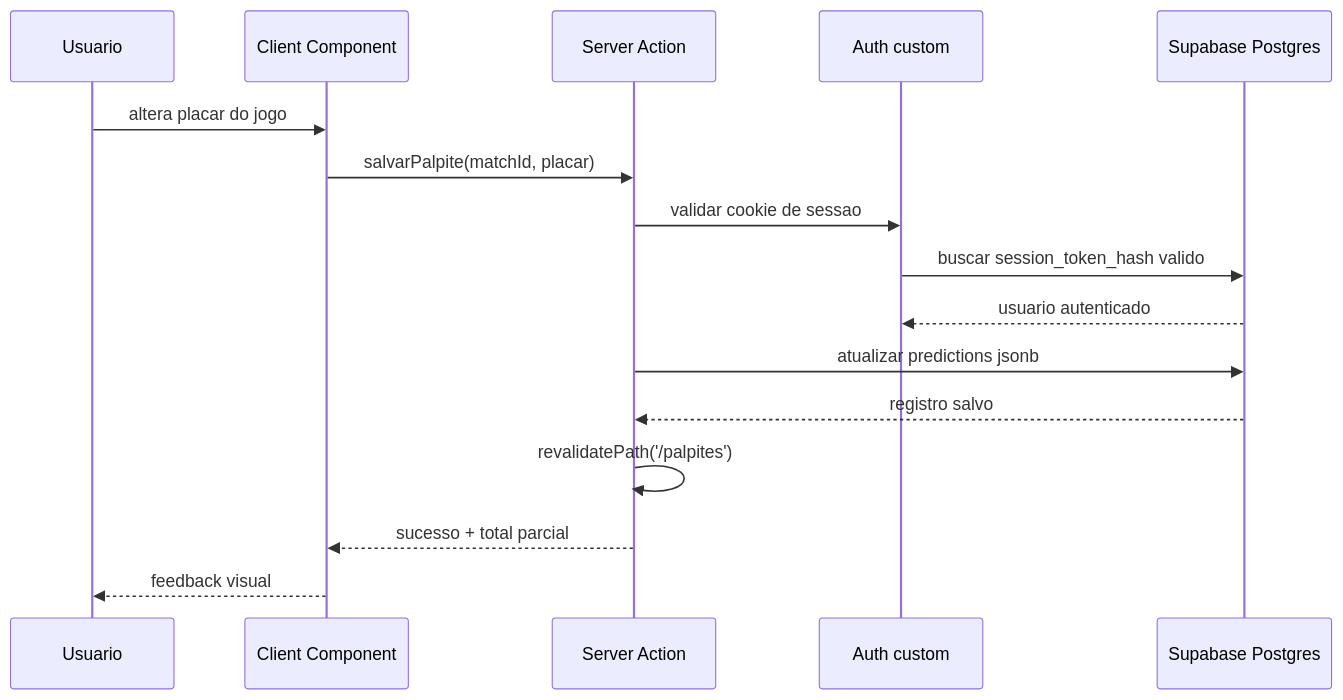
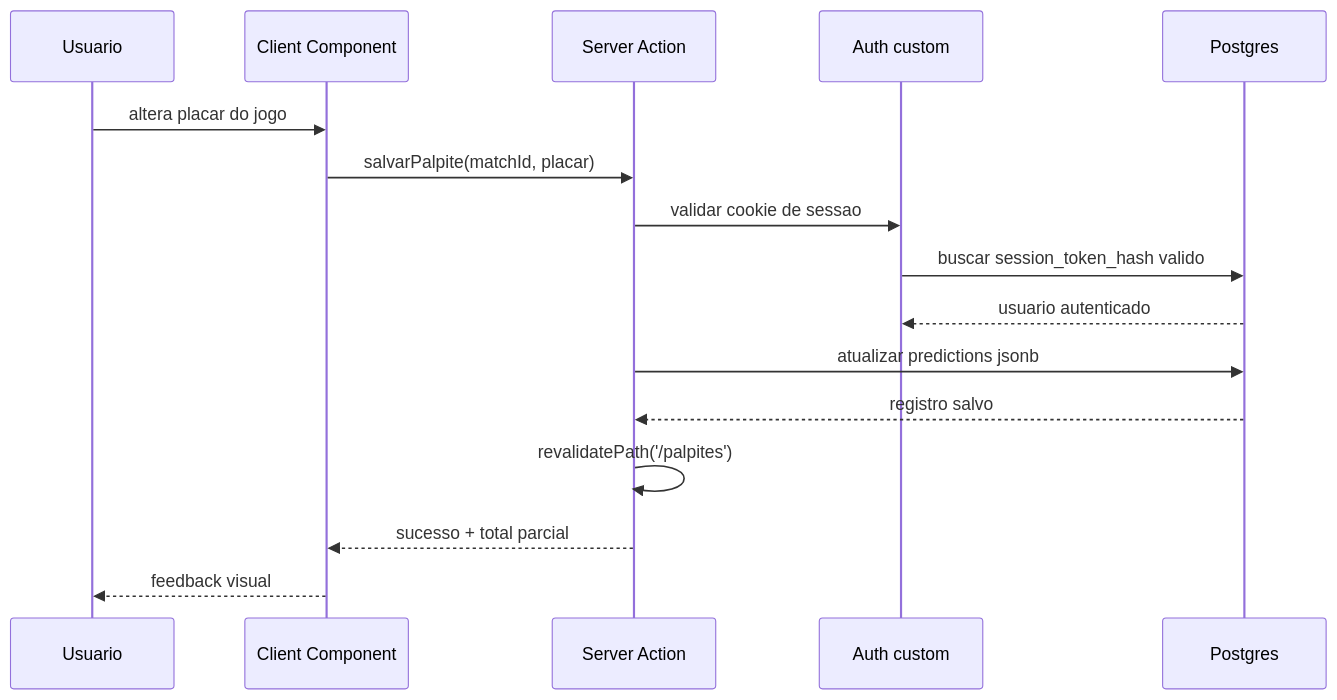
One commit to Bruno-BRG/Bolao changed the diagram in docs/mermaid/fluxo_login_palpite.mmd. Above: the diagram before and after it, drawn with Mermaid. The commit also changed 66 other files, not shown here.

```diff
--- a/docs/mermaid/fluxo_login_palpite.mmd
+++ b/docs/mermaid/fluxo_login_palpite.mmd
@@ -1,16 +1,16 @@
 sequenceDiagram
   participant U as Usuario
   participant C as Client Component
   participant S as Server Action
   participant A as Auth custom
-  participant DB as Supabase Postgres
+  participant DB as Postgres
   U->>C: altera placar do jogo
   C->>S: salvarPalpite(matchId, placar)
   S->>A: validar cookie de sessao
   A->>DB: buscar session_token_hash valido
   DB-->>A: usuario autenticado
   S->>DB: atualizar predictions jsonb
   DB-->>S: registro salvo
   S->>S: revalidatePath('/palpites')
   S-->>C: sucesso + total parcial
   C-->>U: feedback visual
```
